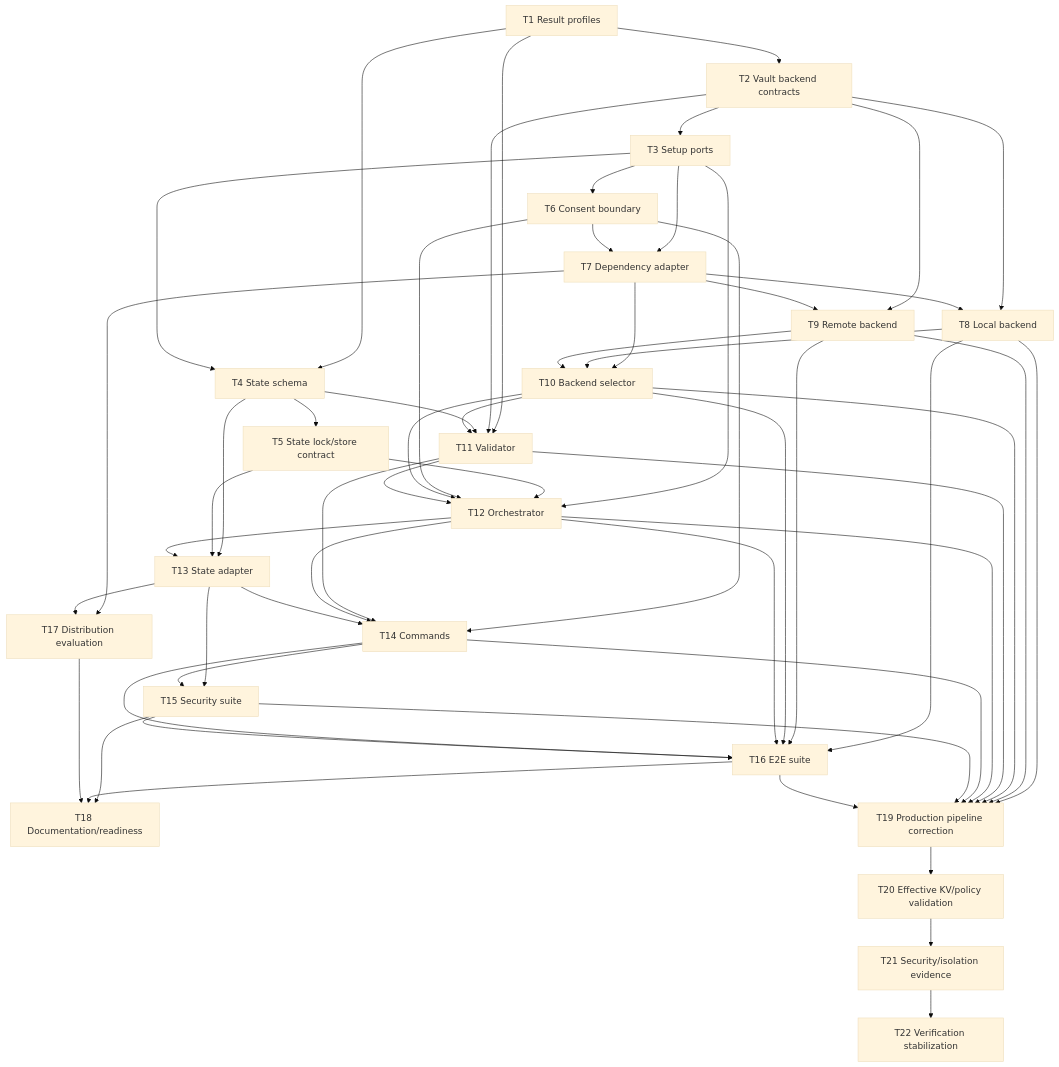
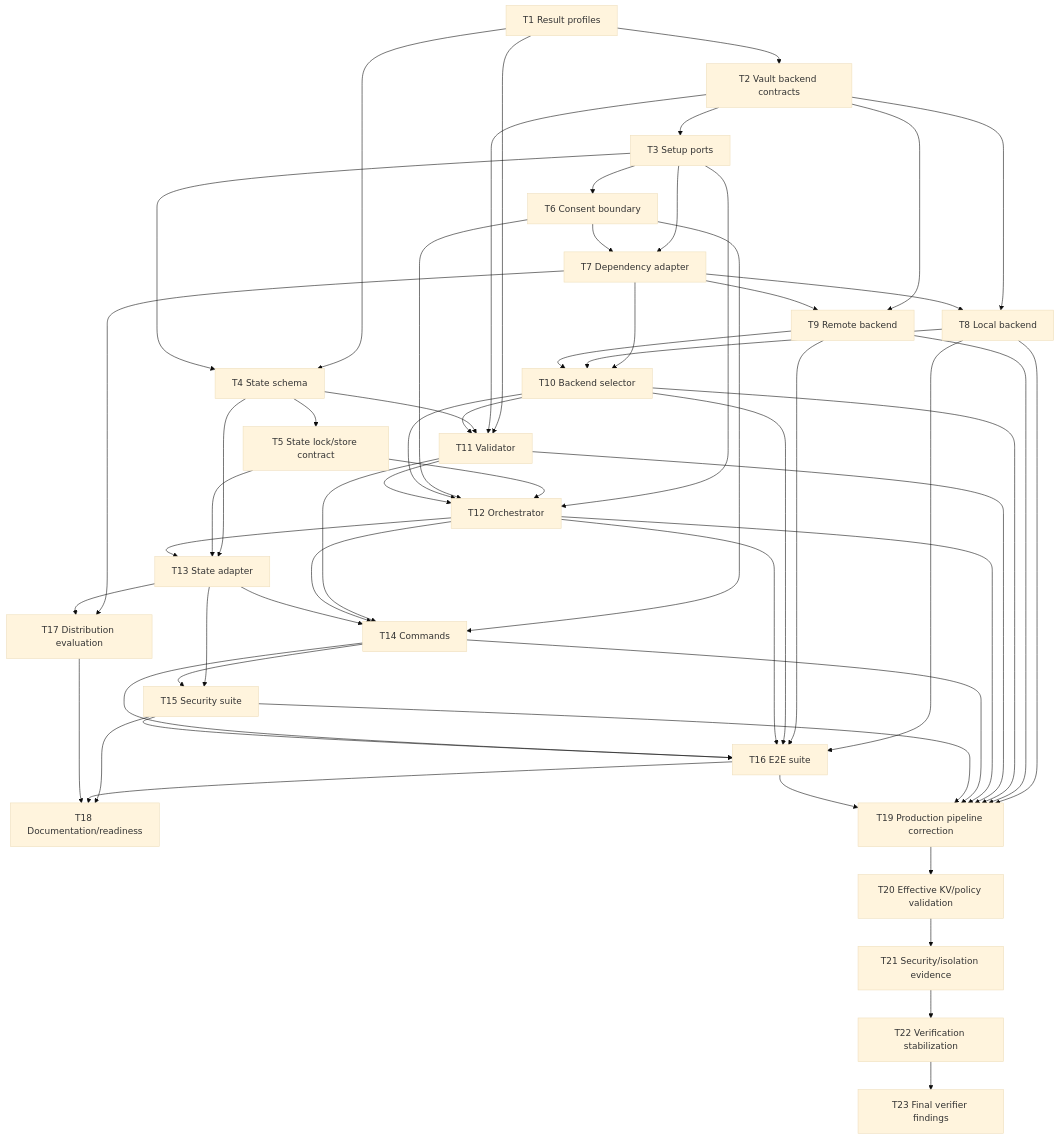
The diagram in .specs/features/devvault-setup/tasks.md (fean-developer/devvault), drawn with Mermaid (base theme) before and after one commit. The commit also changed other lines of this file and 15 other files, not shown here.

Commit message:
fix(setup): close final verifier findings

````diff
--- a/.specs/features/devvault-setup/tasks.md
+++ b/.specs/features/devvault-setup/tasks.md
@@ -571,58 +591,59 @@
 ```mermaid
 flowchart TD
     T1[T1 Result profiles] --> T2[T2 Vault backend contracts]
     T2 --> T3[T3 Setup ports]
     T1 --> T4[T4 State schema]
     T3 --> T4
     T4 --> T5[T5 State lock/store contract]
     T3 --> T6[T6 Consent boundary]
     T3 --> T7[T7 Dependency adapter]
     T6 --> T7
     T2 --> T8[T8 Local backend]
     T7 --> T8
     T2 --> T9[T9 Remote backend]
     T7 --> T9
     T7 --> T10[T10 Backend selector]
     T8 --> T10
     T9 --> T10
     T1 --> T11[T11 Validator]
     T2 --> T11
     T4 --> T11
     T10 --> T11
     T3 --> T12[T12 Orchestrator]
     T5 --> T12
     T6 --> T12
     T10 --> T12
     T11 --> T12
     T4 --> T13[T13 State adapter]
     T5 --> T13
     T12 --> T13
     T6 --> T14[T14 Commands]
     T11 --> T14
     T12 --> T14
     T13 --> T14
     T13 --> T15[T15 Security suite]
     T14 --> T15
     T8 --> T16[T16 E2E suite]
     T9 --> T16
     T10 --> T16
     T12 --> T16
     T14 --> T16
     T15 --> T16
     T7 --> T17[T17 Distribution evaluation]
     T13 --> T17
     T15 --> T18[T18 Documentation/readiness]
     T16 --> T18
     T17 --> T18
     T8 --> T19[T19 Production pipeline correction]
     T9 --> T19
     T10 --> T19
     T11 --> T19
     T12 --> T19
     T14 --> T19
     T15 --> T19
     T16 --> T19
     T19 --> T20[T20 Effective KV/policy validation]
     T20 --> T21[T21 Security/isolation evidence]
     T21 --> T22[T22 Verification stabilization]
+    T22 --> T23[T23 Final verifier findings]
 ```
````
